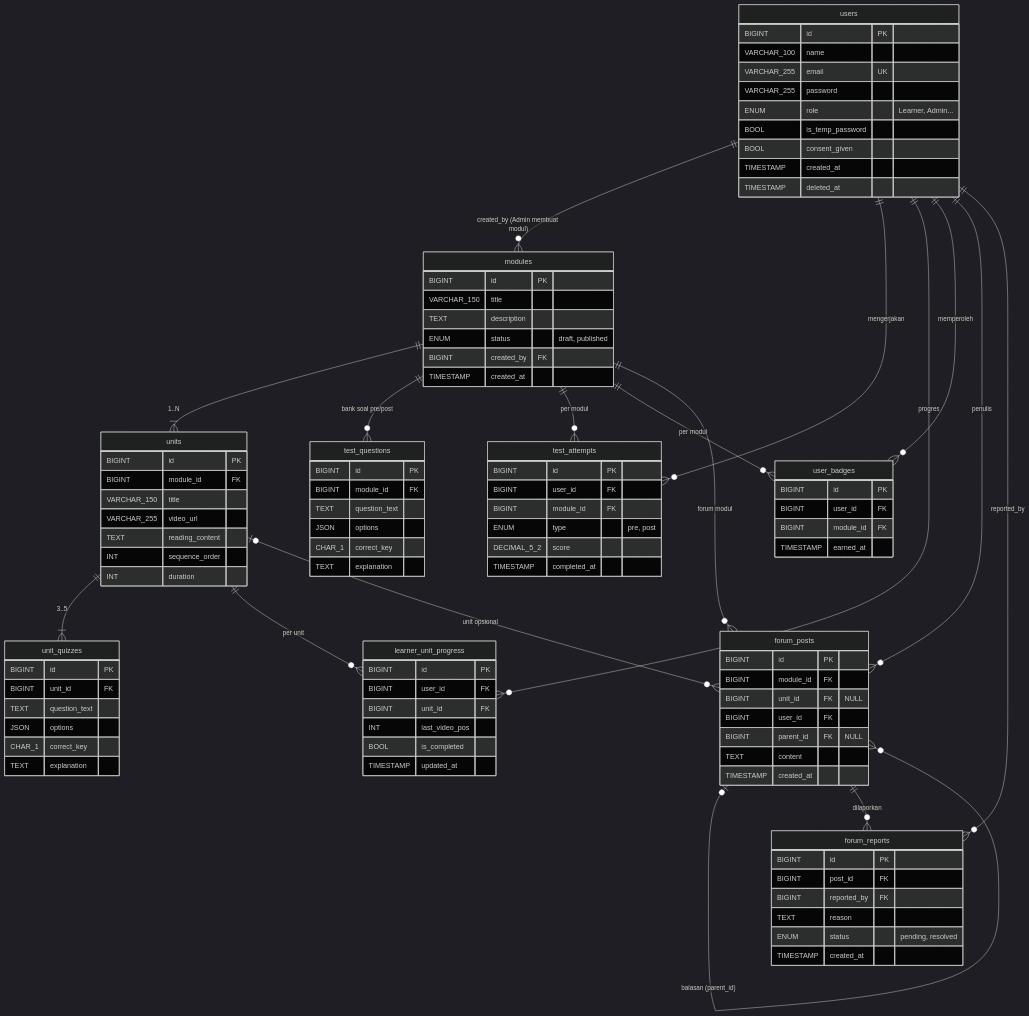
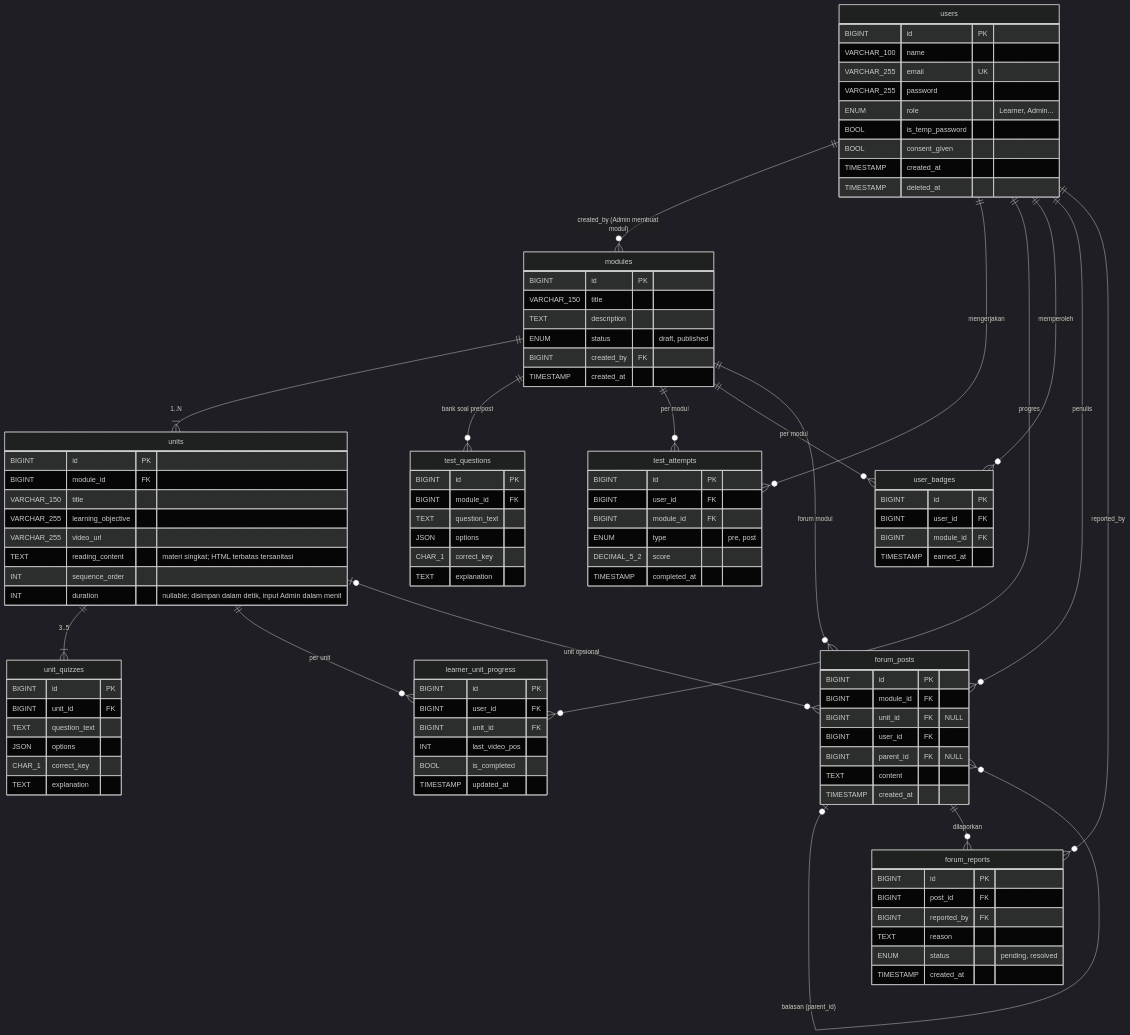
Before and after one commit to artadina/sinau_backend: the first of 5 diagrams in docs/ERD.md, drawn with Mermaid (dark theme). The commit also changed other lines of this file and 37 other files, not shown here.

```diff
--- a/docs/ERD.md
+++ b/docs/ERD.md
@@ -48,10 +48,11 @@
         BIGINT id PK
         BIGINT module_id FK
         VARCHAR_150 title
+        VARCHAR_255 learning_objective
         VARCHAR_255 video_url
-        TEXT reading_content
+        TEXT reading_content "materi singkat; HTML terbatas tersanitasi"
         INT sequence_order
-        INT duration
+        INT duration "nullable; disimpan dalam detik, input Admin dalam menit"
     }
     unit_quizzes {
         BIGINT id PK
```
